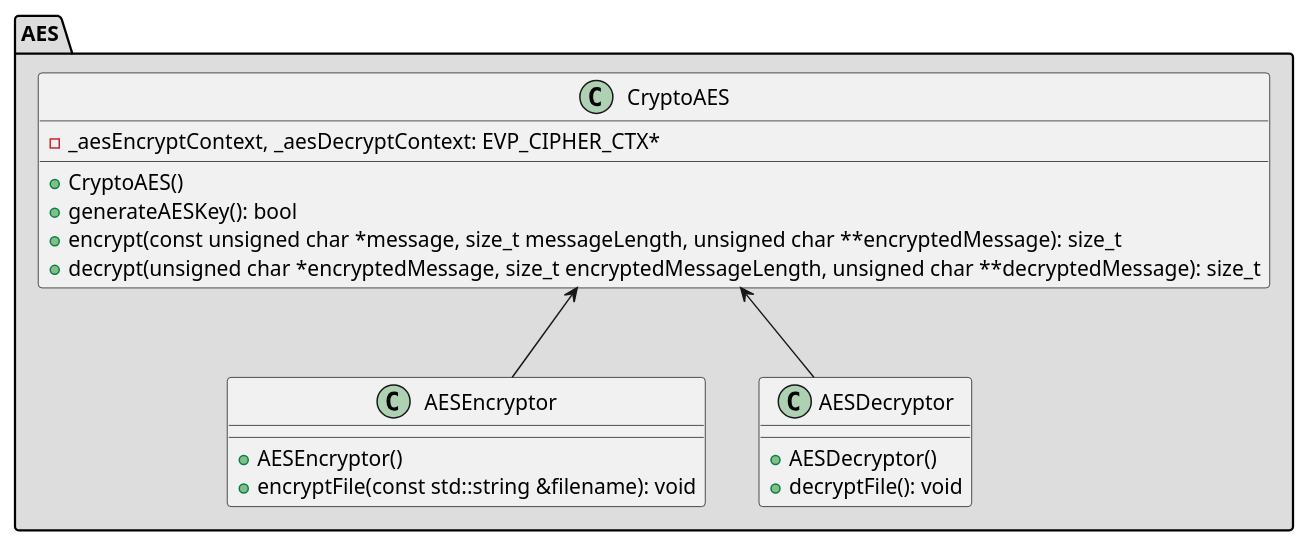
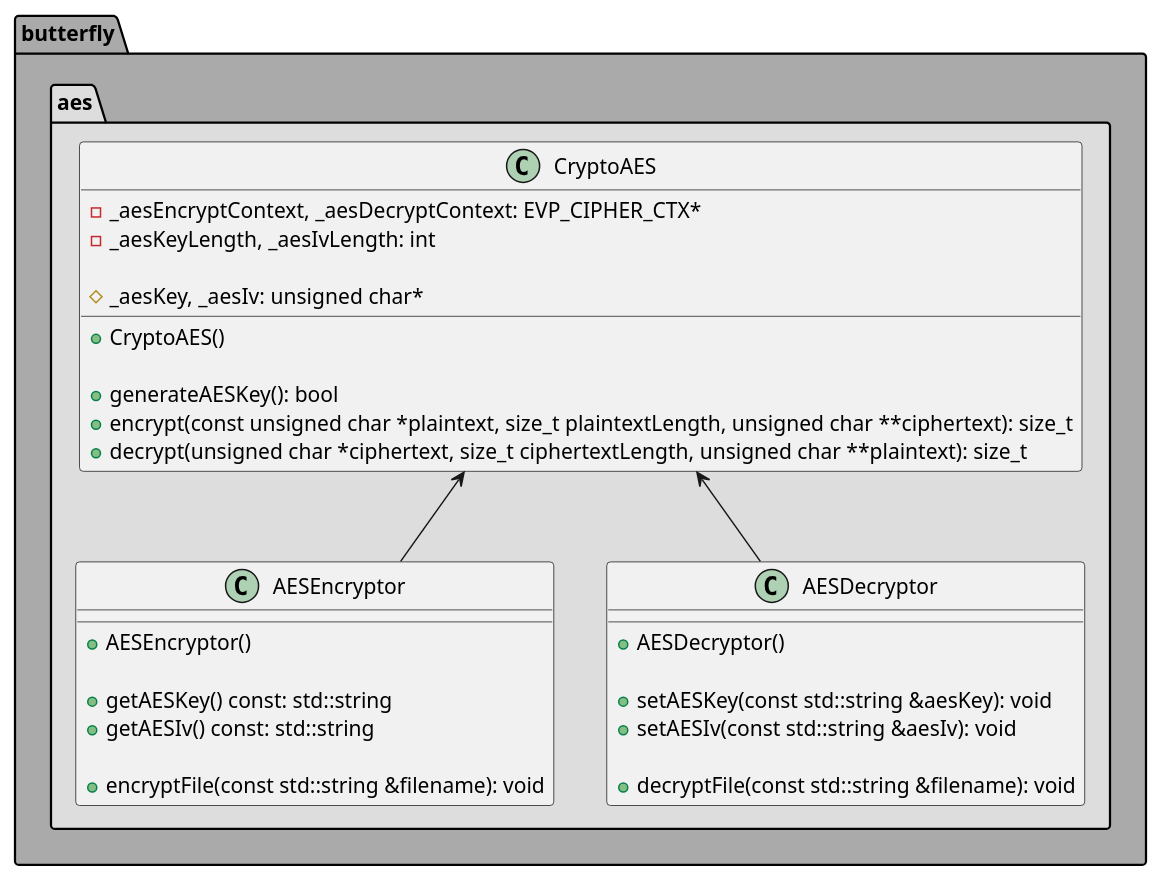
One commit to bierschi/butterfly changed the diagram in architecture/class_diagrams/crypto/aes.puml. Above: the diagram before and after it, drawn with PlantUML. The commit also changed 16 other files, not shown here.

Commit message:
Updated the aes classes and the architecture

```diff
--- a/architecture/class_diagrams/crypto/aes.puml
+++ b/architecture/class_diagrams/crypto/aes.puml
@@ -1,33 +1,50 @@
 @startuml
 'https://plantuml.com/sequence-diagram
-package AES #DDDDDD
+
+package butterfly #AAAAAA
+{
+
+package aes #DDDDDD
 {
 
 class CryptoAES
 {
     -_aesEncryptContext, _aesDecryptContext: EVP_CIPHER_CTX*
+    -_aesKeyLength, _aesIvLength: int
+
+    #_aesKey, _aesIv: unsigned char*
 
     +CryptoAES()
+
     +generateAESKey(): bool
-    +encrypt(const unsigned char *message, size_t messageLength, unsigned char **encryptedMessage): size_t
-    +decrypt(unsigned char *encryptedMessage, size_t encryptedMessageLength, unsigned char **decryptedMessage): size_t
+    +encrypt(const unsigned char *plaintext, size_t plaintextLength, unsigned char **ciphertext): size_t
+    +decrypt(unsigned char *ciphertext, size_t ciphertextLength, unsigned char **plaintext): size_t
 }
 
 class AESEncryptor
 {
+    +AESEncryptor()
 
-    +AESEncryptor()
+    +getAESKey() const: std::string
+    +getAESIv() const: std::string
+
     +encryptFile(const std::string &filename): void
 
 }
 
 class AESDecryptor
 {
     +AESDecryptor()
-    +decryptFile(): void
+
+    +setAESKey(const std::string &aesKey): void
+    +setAESIv(const std::string &aesIv): void
+
+    +decryptFile(const std::string &filename): void
 }
 
 CryptoAES <-- AESEncryptor
 CryptoAES <-- AESDecryptor
 }
+
+}
 @enduml
```
